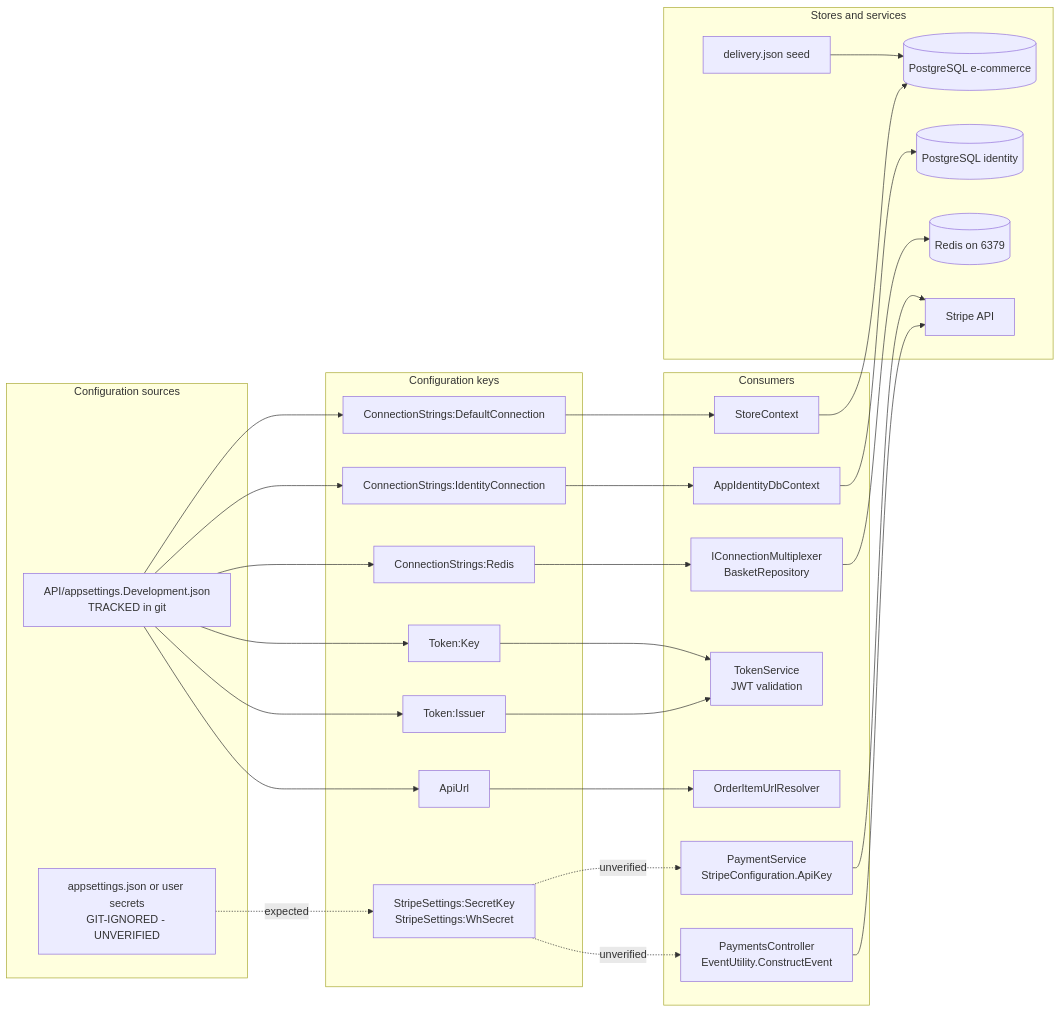
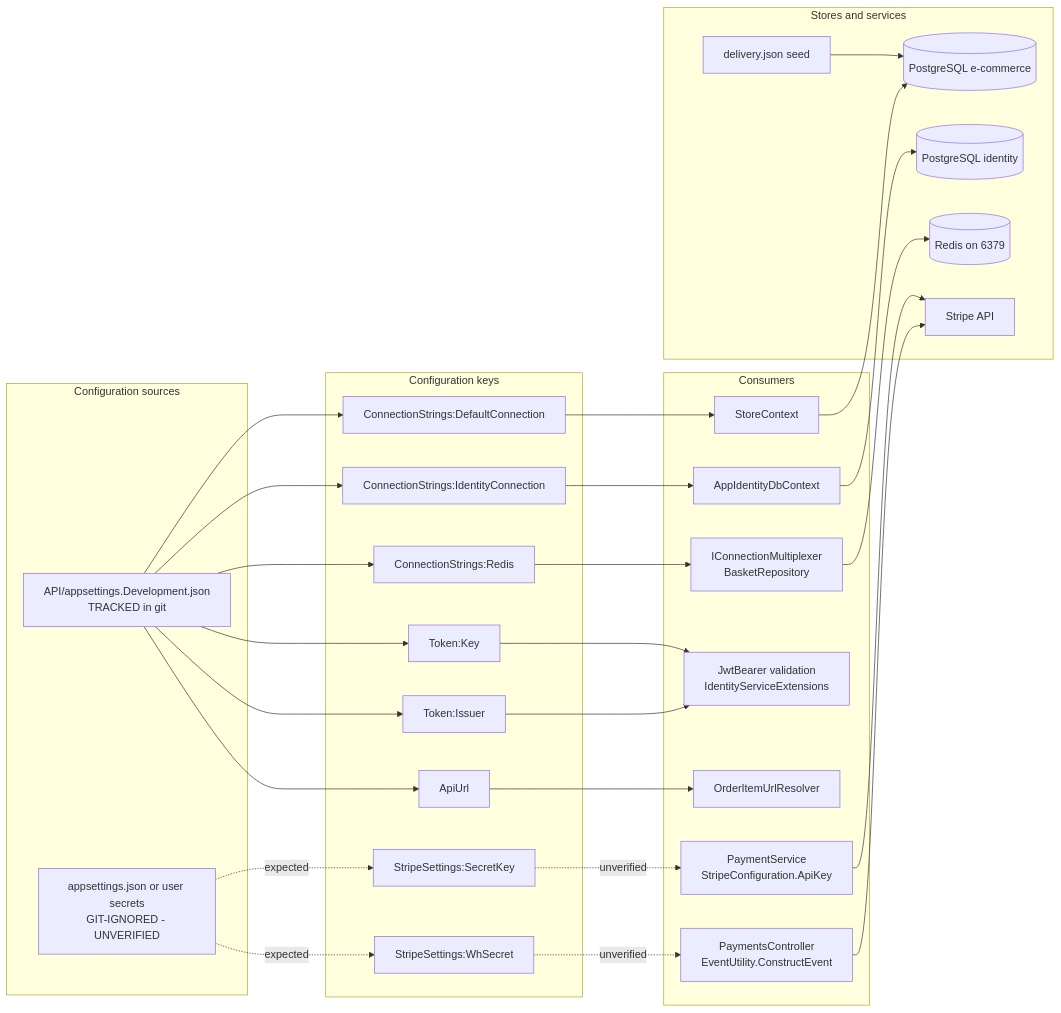
One commit to blitzy-public-samples/ecommerce-shop changed the fifth of 5 diagrams in docs/checkout-workflow.md. Above: the diagram before and after it, drawn with Mermaid. The commit also changed other lines of this file, not shown here.

````diff
--- a/docs/checkout-workflow.md
+++ b/docs/checkout-workflow.md
@@ -768,54 +1012,56 @@
 ```mermaid
 flowchart LR
     subgraph CFG["Configuration sources"]
         TRACKED["API/appsettings.Development.json<br/>TRACKED in git"]
         UNTRACKED["appsettings.json or user secrets<br/>GIT-IGNORED - UNVERIFIED"]
     end
     subgraph KEYS["Configuration keys"]
         K1["ConnectionStrings:DefaultConnection"]
         K2["ConnectionStrings:IdentityConnection"]
         K3["ConnectionStrings:Redis"]
         K4["Token:Key"]
         K5["Token:Issuer"]
         K6["ApiUrl"]
-        K7["StripeSettings:SecretKey<br/>StripeSettings:WhSecret"]
+        K7["StripeSettings:SecretKey"]
+        K8["StripeSettings:WhSecret"]
     end
     subgraph CONSUMERS["Consumers"]
         C1["StoreContext"]
         C2["AppIdentityDbContext"]
         C3["IConnectionMultiplexer<br/>BasketRepository"]
-        C4["TokenService<br/>JWT validation"]
+        C4["JwtBearer validation<br/>IdentityServiceExtensions"]
         C5["OrderItemUrlResolver"]
         C6["PaymentService<br/>StripeConfiguration.ApiKey"]
         C7["PaymentsController<br/>EventUtility.ConstructEvent"]
     end
     subgraph STORES["Stores and services"]
         S1[("PostgreSQL e-commerce")]
         S2[("PostgreSQL identity")]
         S3[("Redis on 6379")]
         S4["Stripe API"]
         S5["delivery.json seed"]
     end
 
     TRACKED --> K1
     TRACKED --> K2
     TRACKED --> K3
     TRACKED --> K4
     TRACKED --> K5
     TRACKED --> K6
     UNTRACKED -.expected.-> K7
+    UNTRACKED -.expected.-> K8
     K1 --> C1
     K2 --> C2
     K3 --> C3
     K4 --> C4
     K5 --> C4
     K6 --> C5
     K7 -.unverified.-> C6
-    K7 -.unverified.-> C7
+    K8 -.unverified.-> C7
     C1 --> S1
     C2 --> S2
     C3 --> S3
     C6 --> S4
     C7 --> S4
     S5 --> S1
 ```
````
